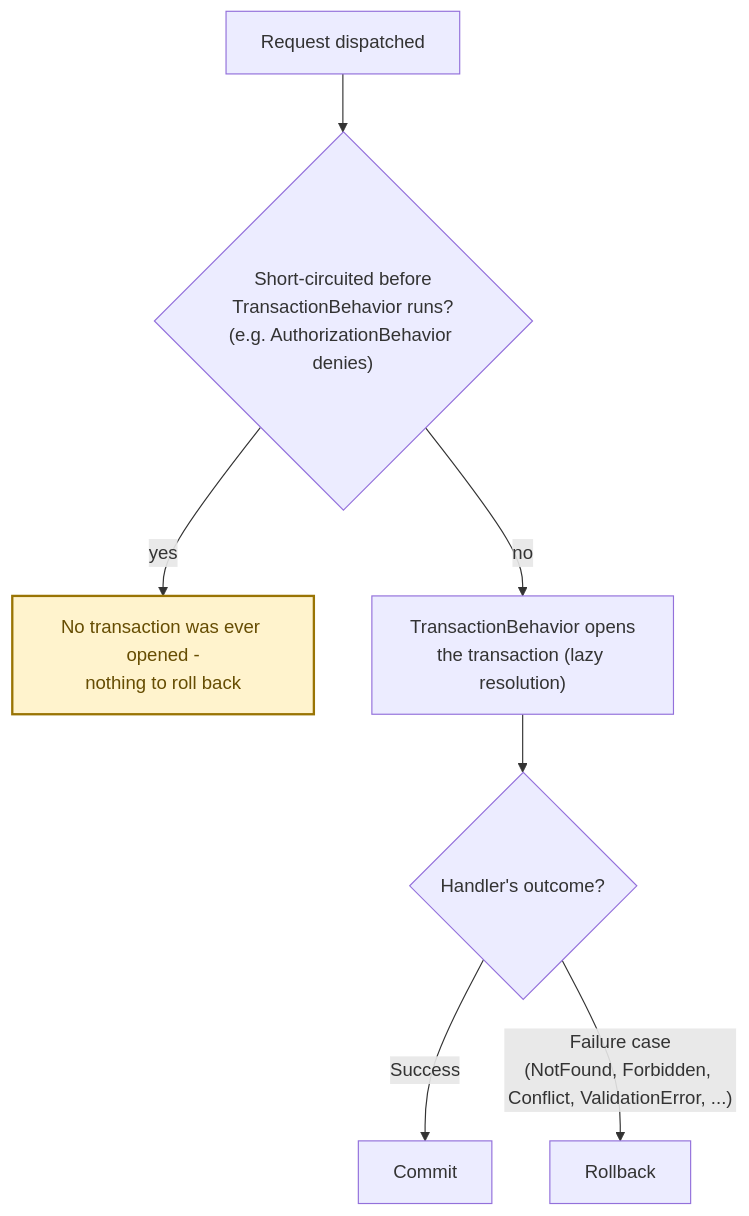
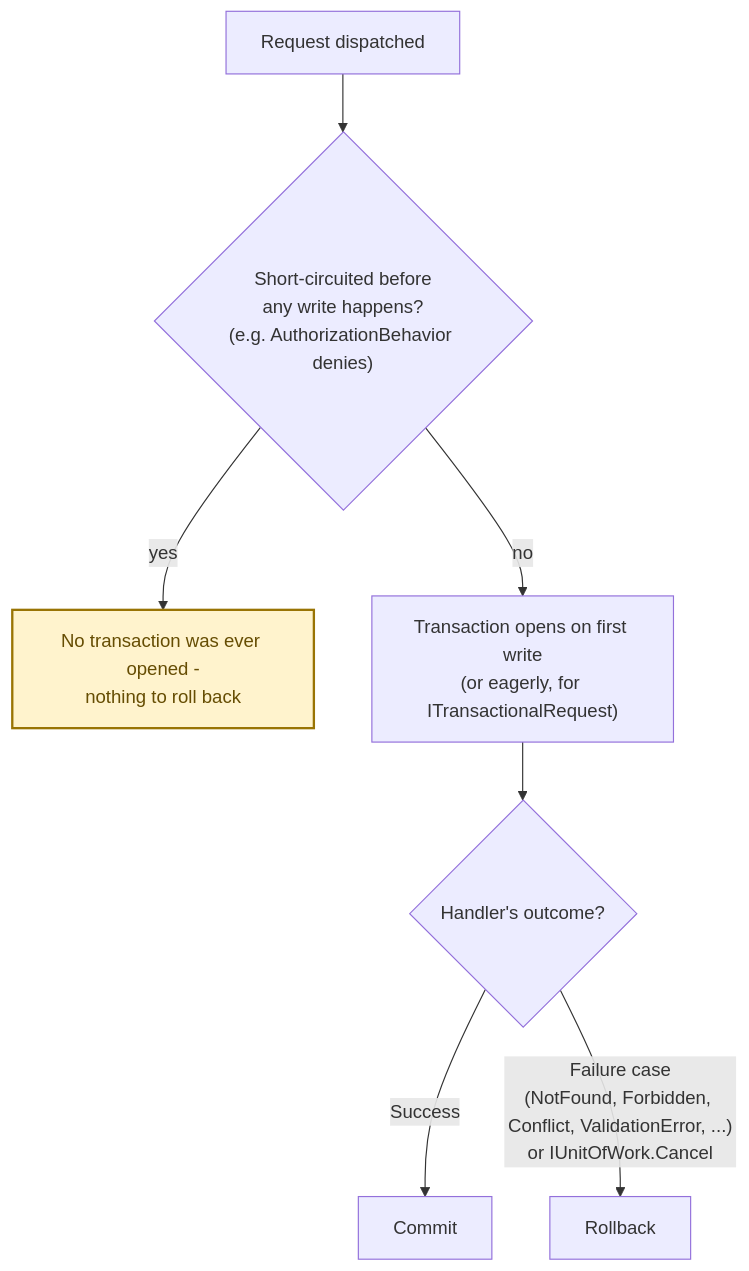
The diagram in documentation/transactions-and-store-integration.md (rheone/interlocutor), drawn with Mermaid before and after one commit. The commit also changed other lines of this file and 89 other files, not shown here.

First line of the commit message:
feat: make IUnitOfWork the transaction owner (ADR-0018)

````diff
--- a/documentation/transactions-and-store-integration.md
+++ b/documentation/transactions-and-store-integration.md
@@ -173,12 +229,12 @@
 ```mermaid
 flowchart TD
-    Start["Request dispatched"] --> ShortCircuit{"Short-circuited before<br/>TransactionBehavior runs?<br/>(e.g. AuthorizationBehavior denies)"}
+    Start["Request dispatched"] --> ShortCircuit{"Short-circuited before<br/>any write happens?<br/>(e.g. AuthorizationBehavior denies)"}
     ShortCircuit -->|"yes"| NoTx["No transaction was ever opened -<br/>nothing to roll back"]
-    ShortCircuit -->|"no"| Open["TransactionBehavior opens<br/>the transaction (lazy resolution)"]
+    ShortCircuit -->|"no"| Open["Transaction opens on first write<br/>(or eagerly, for ITransactionalRequest)"]
     Open --> Outcome{"Handler's outcome?"}
     Outcome -->|"Success"| Commit["Commit"]
-    Outcome -->|"Failure case<br/>(NotFound, Forbidden, Conflict, ValidationError, ...)"| Rollback["Rollback"]
+    Outcome -->|"Failure case<br/>(NotFound, Forbidden, Conflict, ValidationError, ...)<br/>or IUnitOfWork.Cancel"| Rollback["Rollback"]
 
     classDef callout fill:#fff3cd,color:#664d03,stroke:#997404,stroke-width:2px;
     class NoTx callout
 ```
````
